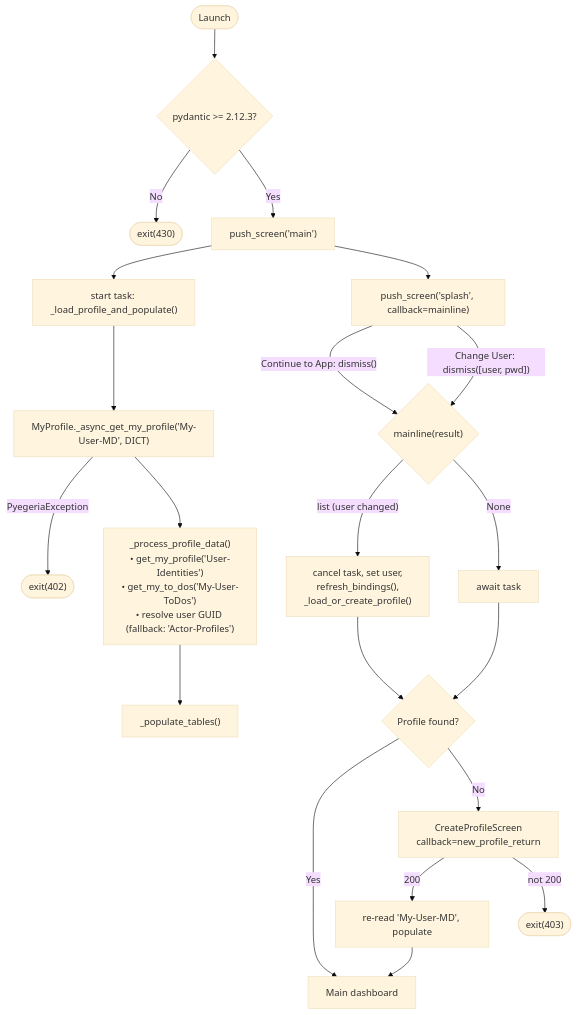
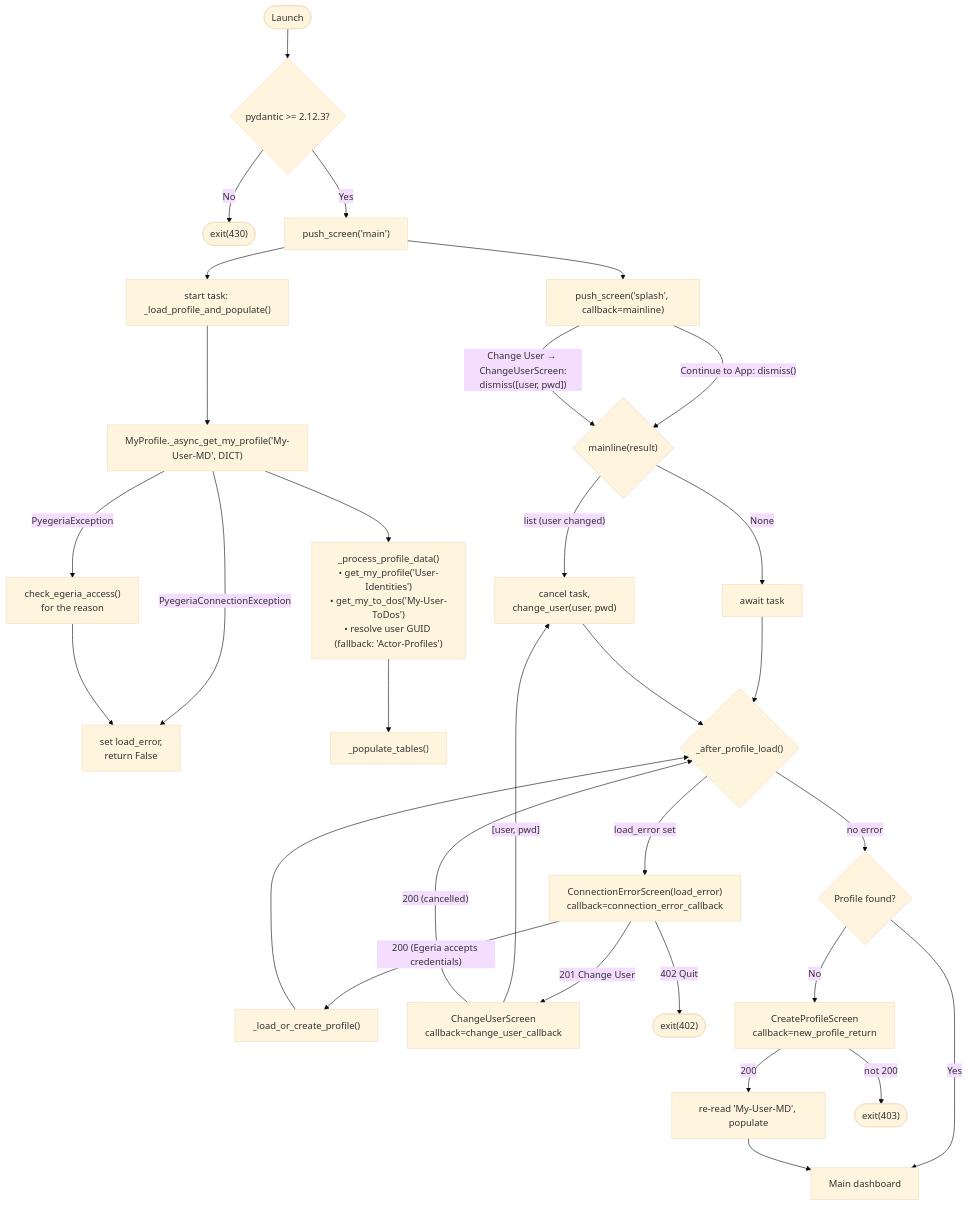
One commit to odpi/egeria-python changed the second of 8 diagrams in docs/My-Egeria-Doc.md. Above: the diagram before and after it, drawn with Mermaid (base theme). The commit also changed other lines of this file and 13 other files, not shown here.

Commit message:
updates to my_egeria to deal with no egeria instance found at startup and changes to allow a user to log in as a different user from the main menu (#501)

````diff
--- a/docs/My-Egeria-Doc.md
+++ b/docs/My-Egeria-Doc.md
@@ -98,22 +103,30 @@
 ```mermaid
 flowchart TD
     START(["Launch"]) --> CHECK_ENV{"pydantic &gt;= 2.12.3?"}
     CHECK_ENV -- "No" --> EXIT430(["exit(430)"])
     CHECK_ENV -- "Yes" --> PUSH_MAIN["push_screen('main')"]
     PUSH_MAIN --> TASK["start task: _load_profile_and_populate()"]
     PUSH_MAIN --> SPLASH["push_screen('splash', callback=mainline)"]
     SPLASH -- "Continue to App: dismiss()" --> MAINLINE{"mainline(result)"}
-    SPLASH -- "Change User: dismiss([user, pwd])" --> MAINLINE
-    MAINLINE -- "list (user changed)" --> RELOAD["cancel task, set user,<br/>refresh_bindings(),<br/>_load_or_create_profile()"]
+    SPLASH -- "Change User → ChangeUserScreen:<br/>dismiss([user, pwd])" --> MAINLINE
+    MAINLINE -- "list (user changed)" --> RELOAD["cancel task,<br/>change_user(user, pwd)"]
     MAINLINE -- "None" --> AWAIT["await task"]
     TASK --> GET["MyProfile._async_get_my_profile('My-User-MD', DICT)"]
-    GET -- "PyegeriaException" --> EXIT402(["exit(402)"])
+    GET -- "PyegeriaConnectionException" --> ERR["set load_error,<br/>return False"]
+    GET -- "PyegeriaException" --> ACCESS["check_egeria_access()<br/>for the reason"] --> ERR
     GET --> PROC["_process_profile_data()<br/>• get_my_profile('User-Identities')<br/>• get_my_to_dos('My-User-ToDos')<br/>• resolve user GUID (fallback: 'Actor-Profiles')"]
     PROC --> POP["_populate_tables()"]
-    AWAIT --> FOUND{"Profile found?"}
-    RELOAD --> FOUND
+    AWAIT --> AFTER{"_after_profile_load()"}
+    RELOAD --> AFTER
+    AFTER -- "load_error set" --> CES["ConnectionErrorScreen(load_error)<br/>callback=connection_error_callback"]
+    CES -- "200 (Egeria accepts credentials)" --> RELOAD2["_load_or_create_profile()"] --> AFTER
+    CES -- "201 Change User" --> CUS["ChangeUserScreen<br/>callback=change_user_callback"]
+    CUS -- "[user, pwd]" --> RELOAD
+    CUS -- "200 (cancelled)" --> AFTER
+    CES -- "402 Quit" --> EXIT402(["exit(402)"])
+    AFTER -- "no error" --> FOUND{"Profile found?"}
     FOUND -- "Yes" --> DASH["Main dashboard"]
     FOUND -- "No" --> CPS["CreateProfileScreen<br/>callback=new_profile_return"]
     CPS -- "200" --> REREAD["re-read 'My-User-MD', populate"] --> DASH
     CPS -- "not 200" --> EXIT403(["exit(403)"])
 ```
````
